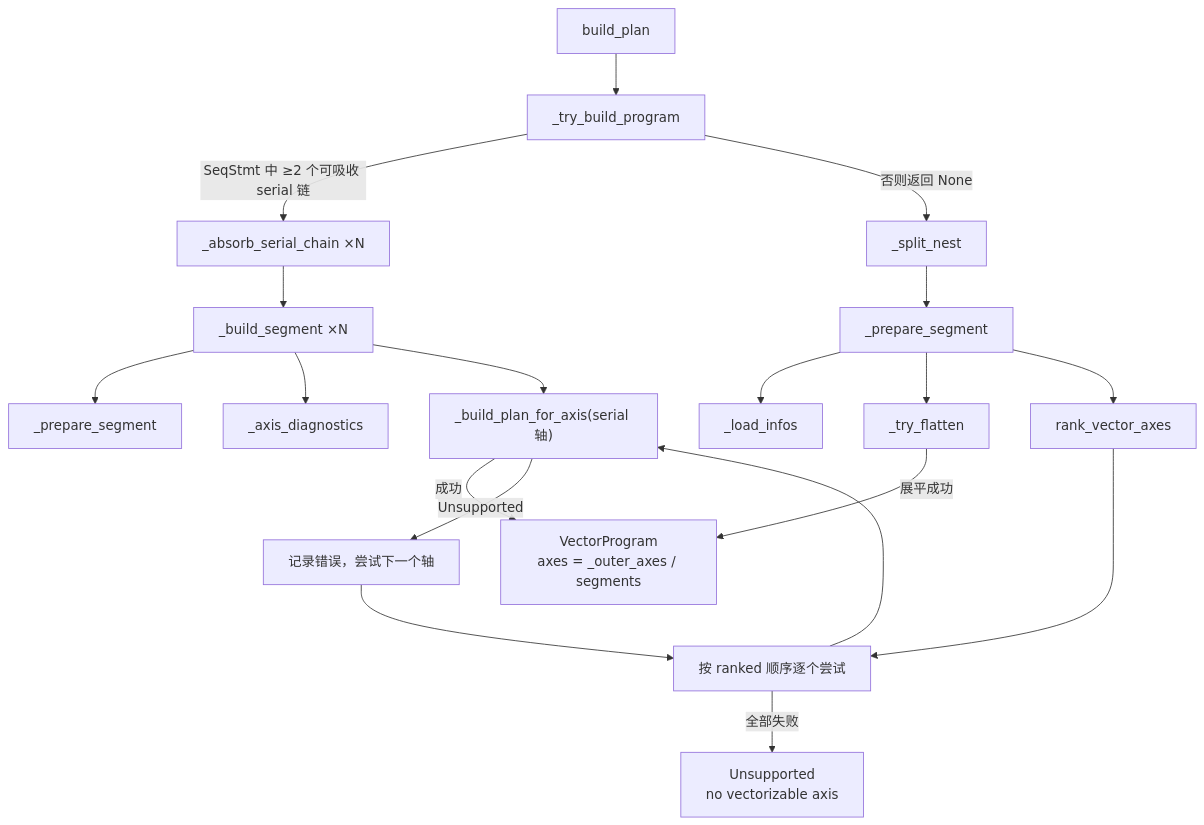
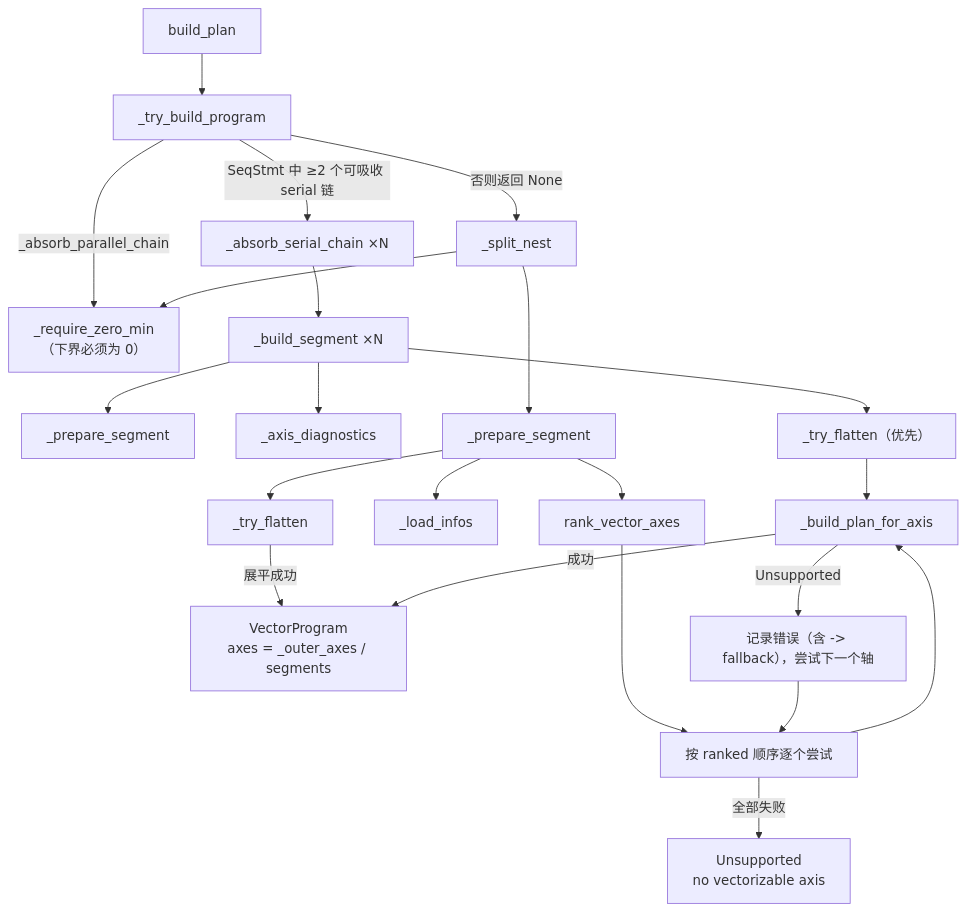
Before and after one commit to chenjiale1999/tilelang: the third of 7 diagrams in docs/compiler_internals/polyhedral_parallel_scenarios.md, drawn with Mermaid. The commit also changed other lines of this file and 12 other files, not shown here.

````diff
--- a/docs/compiler_internals/polyhedral_parallel_scenarios.md
+++ b/docs/compiler_internals/polyhedral_parallel_scenarios.md
@@ -737,21 +804,24 @@
 ```mermaid
 flowchart TD
   BP["build_plan"] --> TBP["_try_build_program"]
+  TBP -->|"_absorb_parallel_chain"| PC["_require_zero_min<br/>（下界必须为 0）"]
   TBP -->|"SeqStmt 中 ≥2 个可吸收 serial 链"| ABS["_absorb_serial_chain ×N"]
   TBP -->|"否则返回 None"| SP["_split_nest"]
   ABS --> SEG["_build_segment ×N"]
   SEG --> P1["_prepare_segment"]
   SEG --> D1["_axis_diagnostics"]
-  SEG --> BA["_build_plan_for_axis(serial 轴)"]
+  SEG --> FL0["_try_flatten（优先）"]
+  FL0 --> BA["_build_plan_for_axis"]
+  SP --> PC
   SP --> P2["_prepare_segment"]
   P2 --> LI["_load_infos"]
   P2 --> FL["_try_flatten"]
   P2 --> RK["rank_vector_axes"]
   FL -->|"展平成功"| OUT["VectorProgram<br/>axes = _outer_axes / segments"]
   RK --> LOOP["按 ranked 顺序逐个尝试"]
   LOOP --> BA
   BA -->|"成功"| OUT
-  BA -->|"Unsupported"| NEXT["记录错误，尝试下一个轴"]
+  BA -->|"Unsupported"| NEXT["记录错误（含 -> fallback），尝试下一个轴"]
   NEXT --> LOOP
   LOOP -->|"全部失败"| ERR["Unsupported<br/>no vectorizable axis"]
 ```
````
